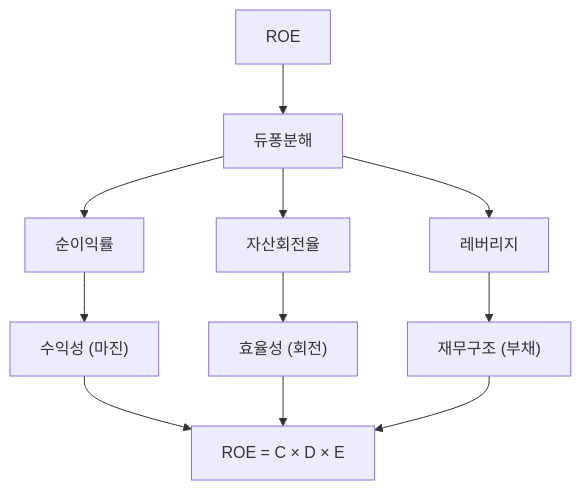
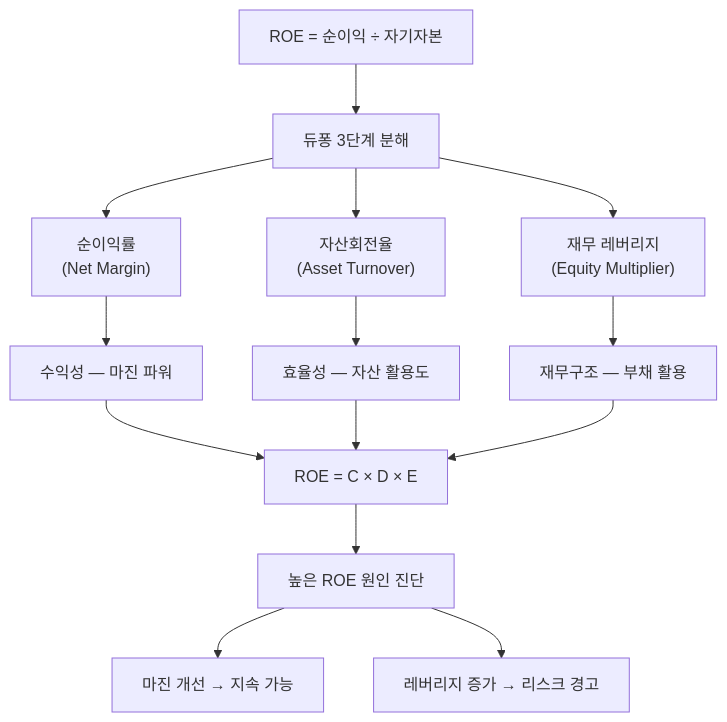
One commit to yeongseon/stock-visual-note changed the diagram in content/stock-terms/ko/level-04-ratios/roe.md. Above: the diagram before and after it, drawn with Mermaid. The commit also changed other lines of this file, not shown here.

Commit message:
content: rewrite roe.md — 듀퐁분해 심층 분석, ROE-PBR 연계, 복리 성장 시나리오, 12노드 Mermaid, 4개 오해 추가

````diff
--- a/content/stock-terms/ko/level-04-ratios/roe.md
+++ b/content/stock-terms/ko/level-04-ratios/roe.md
@@ -39,14 +47,21 @@
 ```mermaid
 graph TD
-    A["ROE"]
-    A --> B["듀퐁분해"]
-    B --> C["순이익률"]
-    B --> D["자산회전율"]
-    B --> E["레버리지"]
-    C --> F["수익성 (마진)"]
-    D --> G["효율성 (회전)"]
-    E --> H["재무구조 (부채)"]
+    A["ROE = 순이익 ÷ 자기자본"]
+    A --> B["듀퐁 3단계 분해"]
+
+    B --> C["순이익률<br>(Net Margin)"]
+    B --> D["자산회전율<br>(Asset Turnover)"]
+    B --> E["재무 레버리지<br>(Equity Multiplier)"]
+
+    C --> F["수익성 — 마진 파워"]
+    D --> G["효율성 — 자산 활용도"]
+    E --> H["재무구조 — 부채 활용"]
+
     F --> I["ROE = C × D × E"]
     G --> I
     H --> I
+
+    I --> J["높은 ROE 원인 진단"]
+    J --> K["마진 개선 → 지속 가능"]
+    J --> L["레버리지 증가 → 리스크 경고"]
 ```
````
